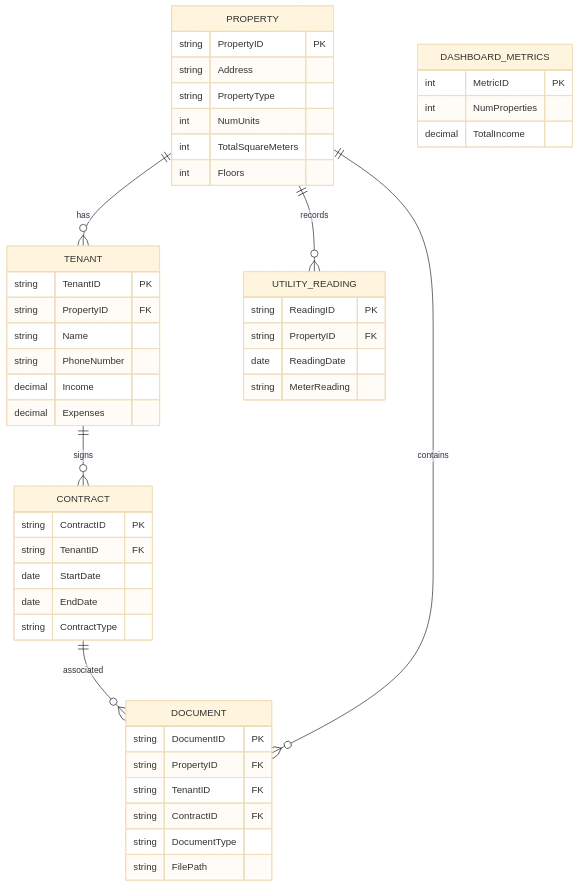
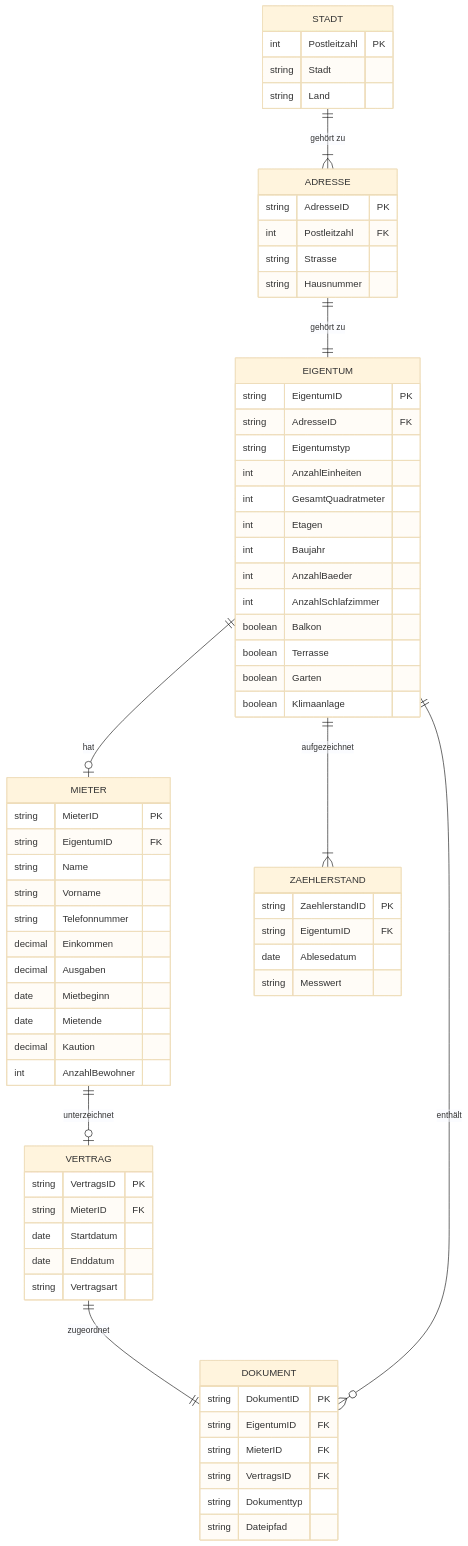
One commit to dav354/immobilienverwaltung changed the diagram in README.md. Above: the diagram before and after it, drawn with Mermaid (base theme). The commit also changed other lines of this file and 140 other files, not shown here.

````diff
--- a/README.md
+++ b/README.md
@@ -202,50 +224,70 @@
 ```mermaid
 erDiagram
-    PROPERTY ||--o{ TENANT : "has"
-    PROPERTY {
-        string PropertyID PK
-        string Address
-        string PropertyType
-        int NumUnits
-        int TotalSquareMeters
-        int Floors
+    ADRESSE ||--|| EIGENTUM : "gehört zu"
+    ADRESSE {
+        string AdresseID PK
+        int Postleitzahl FK
+        string Strasse
+        string Hausnummer
     }
-    TENANT ||--o{ CONTRACT : "signs"
-    TENANT {
-        string TenantID PK
-        string PropertyID FK
+    STADT ||--|{ ADRESSE : "gehört zu"
+    STADT {
+        int Postleitzahl PK
+        string Stadt
+        string Land
+    }
+    EIGENTUM ||--o| MIETER : "hat"
+    EIGENTUM {
+        string EigentumID PK
+        string AdresseID FK
+        string Eigentumstyp
+        int AnzahlEinheiten
+        int GesamtQuadratmeter
+        int Etagen
+        int Baujahr
+        int AnzahlBaeder
+        int AnzahlSchlafzimmer
+        boolean Balkon
+        boolean Terrasse
+        boolean Garten
+        boolean Klimaanlage
+    }
+    MIETER ||--o| VERTRAG : "unterzeichnet"
+    MIETER {
+        string MieterID PK
+        string EigentumID FK
         string Name
-        string PhoneNumber
-        decimal Income
-        decimal Expenses
+        string Vorname
+        string Telefonnummer
+        decimal Einkommen
+        decimal Ausgaben
+        date Mietbeginn
+        date Mietende
+        decimal Kaution
+        int AnzahlBewohner
     }
-    CONTRACT ||--o{ DOCUMENT : "associated"
-    CONTRACT {
-        string ContractID PK
-        string TenantID FK
-        date StartDate
-        date EndDate
-        string ContractType
+    VERTRAG ||--|| DOKUMENT : "zugeordnet"
+    VERTRAG {
+        string VertragsID PK
+        string MieterID FK
+        date Startdatum
+        date Enddatum
+        string Vertragsart
     }
-    PROPERTY ||--o{ DOCUMENT : "contains"
-    DOCUMENT {
-        string DocumentID PK
-        string PropertyID FK
-        string TenantID FK
-        string ContractID FK
-        string DocumentType
-        string FilePath
+    EIGENTUM ||--o{ DOKUMENT : "enthält"
+    DOKUMENT {
+        string DokumentID PK
+        string EigentumID FK
+        string MieterID FK
+        string VertragsID FK
+        string Dokumenttyp
+        string Dateipfad
     }
-    PROPERTY ||--o{ UTILITY_READING : "records"
-    UTILITY_READING {
-        string ReadingID PK
-        string PropertyID FK
-        date ReadingDate
-        string MeterReading
-    }
-    DASHBOARD_METRICS {
-        int MetricID PK
-        int NumProperties
-        decimal TotalIncome
+    EIGENTUM ||--|{ ZAEHLERSTAND : "aufgezeichnet"
+    ZAEHLERSTAND {
+        string ZaehlerstandID PK
+        string EigentumID FK
+        date Ablesedatum
+        string Messwert
     }
 ```
````
